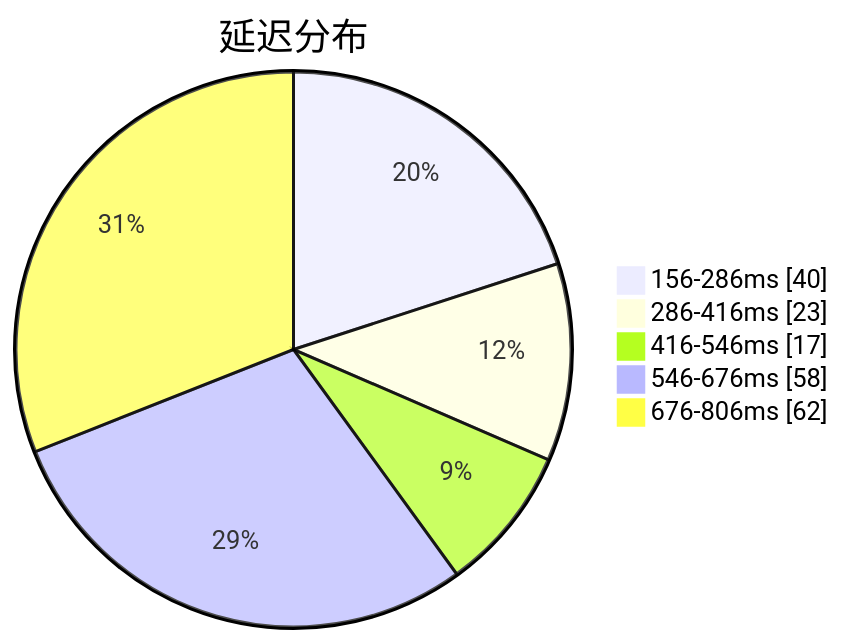
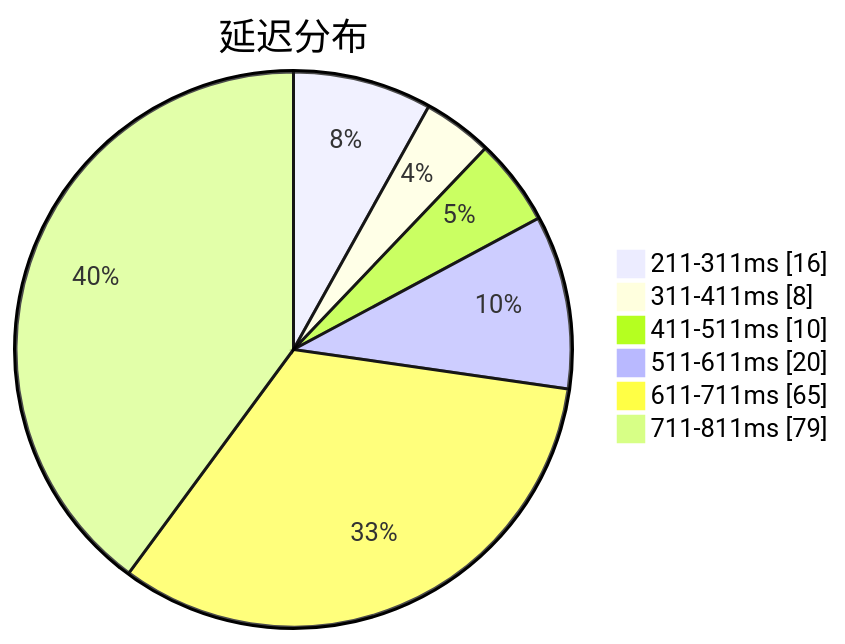
The first of 3 diagrams in subs/statistics/tested_within.md (qjlxg/airport), drawn with Mermaid before and after one commit. The commit also changed other lines of this file and 2 other files, not shown here.

````diff
--- a/subs/statistics/tested_within.md
+++ b/subs/statistics/tested_within.md
@@ -2,9 +2,10 @@
 ```mermaid
 pie showData
 title 延迟分布
-"156-286ms" : 40
-"286-416ms" : 23
-"416-546ms" : 17
-"546-676ms" : 58
-"676-806ms" : 62
+"211-311ms" : 16
+"311-411ms" : 8
+"411-511ms" : 10
+"511-611ms" : 20
+"611-711ms" : 65
+"711-811ms" : 79
 ```
````
